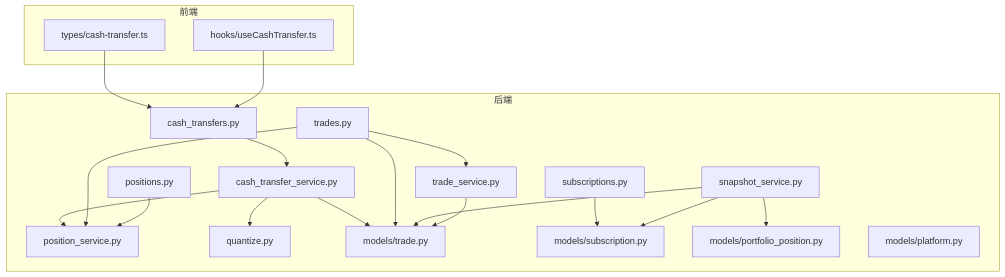
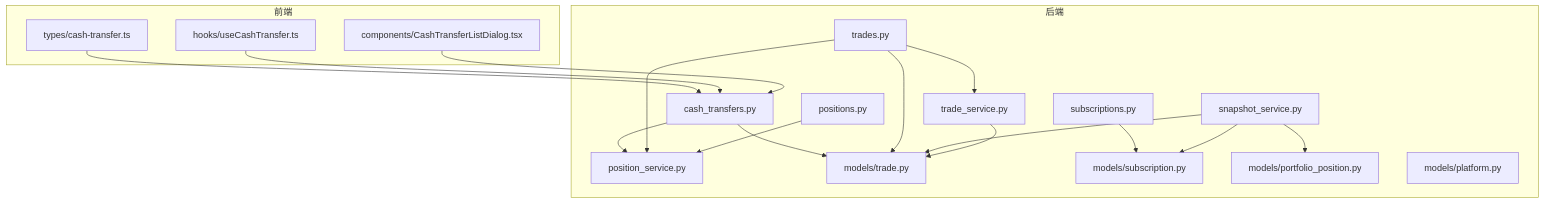
Before and after one commit to gujialind/InvestRing: the first of 9 diagrams in .qoder/repowiki/zh/content/核心业务功能/平台间现金转移系统.md, drawn with Mermaid. The commit also changed other lines of this file and 64 other files, not shown here.

````diff
--- a/.qoder/repowiki/zh/content/核心业务功能/平台间现金转移系统.md
+++ b/.qoder/repowiki/zh/content/核心业务功能/平台间现金转移系统.md
@@ -63,37 +68,35 @@
 ```mermaid
 graph TB
 subgraph "后端"
 R1["cash_transfers.py"]
 R2["trades.py"]
 R3["subscriptions.py"]
 R4["positions.py"]
 S1["snapshot_service.py"]
 S2["position_service.py"]
 S3["trade_service.py"]
-S4["cash_transfer_service.py"]
-U1["quantize.py"]
 M1["models/trade.py"]
 M2["models/subscription.py"]
 M3["models/portfolio_position.py"]
 M4["models/platform.py"]
 end
 subgraph "前端"
 F1["types/cash-transfer.ts"]
 F2["hooks/useCashTransfer.ts"]
+F3["components/CashTransferListDialog.tsx"]
 end
 F1 --> R1
 F2 --> R1
-R1 --> S4
-S4 --> U1
-S4 --> S2
-S4 --> M1
+F3 --> R1
+R1 --> S2
+R1 --> M1
 R2 --> S2
 R2 --> S3
 R2 --> M1
 R3 --> M2
 R4 --> S2
 S1 --> M3
 S1 --> M1
 S1 --> M2
 S3 --> M1
 ```
````
